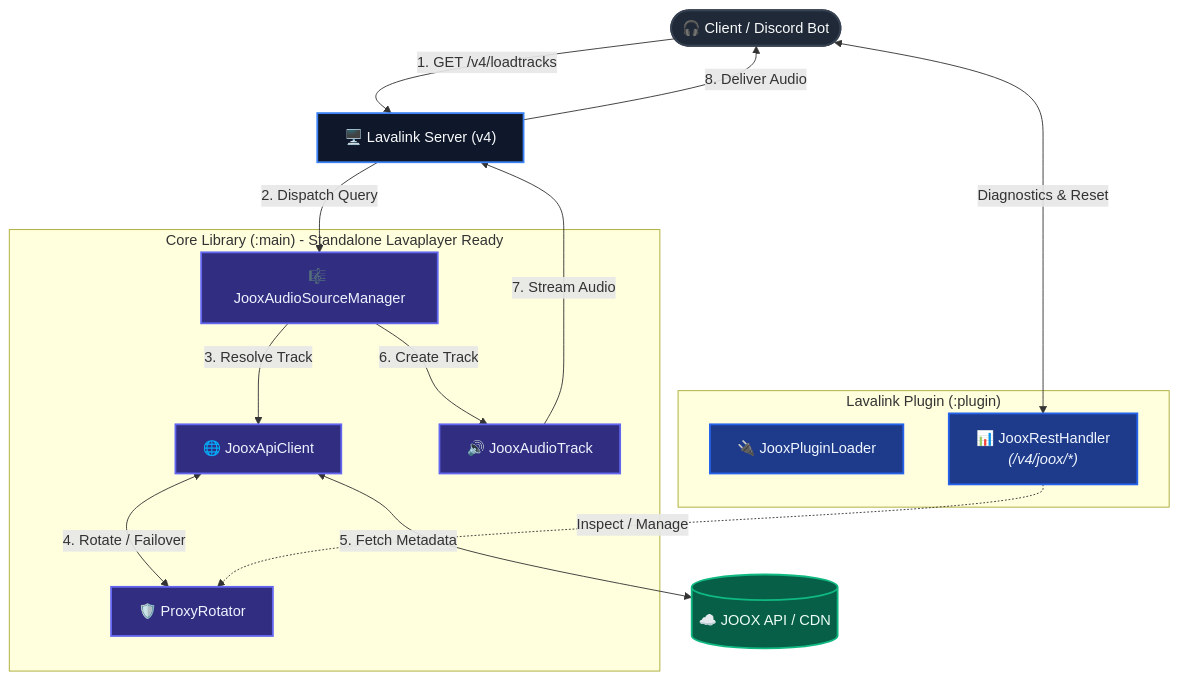
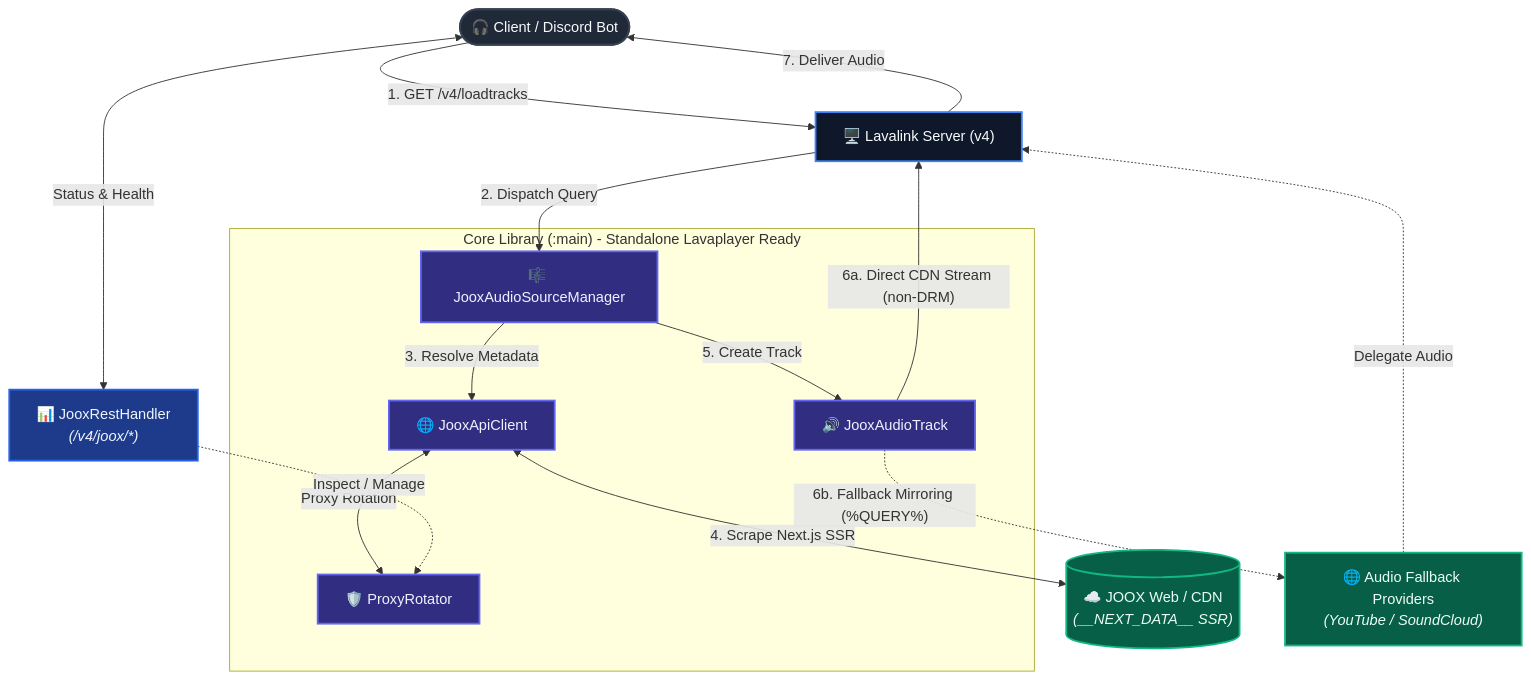
Before and after one commit to PeterGamez/JooxSource: the diagram in README.md, drawn with Mermaid. The commit also changed other lines of this file, not shown here.

Commit message:
docs: remove query prefix comment from fallback providers in README

````diff
--- a/README.md
+++ b/README.md
@@ -11,44 +11,45 @@
 ```mermaid
 flowchart TD
     Client(["🎧 Client / Discord Bot"]) -->|"1. GET /v4/loadtracks"| LavalinkServer["🖥️ Lavalink Server (v4)"]
-
-    subgraph Plugin ["Lavalink Plugin (:plugin)"]
-        PluginLoader["🔌 JooxPluginLoader"]
-        RestHandler["📊 JooxRestHandler<br/><i>(/v4/joox/*)</i>"]
-    end
 
     subgraph Core ["Core Library (:main) - Standalone Lavaplayer Ready"]
         SourceManager["🎼 JooxAudioSourceManager"]
         ApiClient["🌐 JooxApiClient"]
         ProxyRotator["🛡️ ProxyRotator"]
         AudioTrack["🔊 JooxAudioTrack"]
     end
 
-    JooxAPI[("☁️ JOOX API / CDN")]
+    RestHandler["📊 JooxRestHandler<br/><i>(/v4/joox/*)</i>"]
+    JooxWeb[("☁️ JOOX Web / CDN<br/><i>(__NEXT_DATA__ SSR)</i>")]
+    FallbackProviders["🌐 Audio Fallback Providers<br/><i>(YouTube / SoundCloud)</i>"]
 
-    %% Execution Flow
+    %% Request & Metadata Flow
     LavalinkServer -->|"2. Dispatch Query"| SourceManager
-    SourceManager -->|"3. Resolve Track"| ApiClient
-    ApiClient <-->|"4. Rotate / Failover"| ProxyRotator
-    ApiClient <-->|"5. Fetch Metadata"| JooxAPI
-    SourceManager -->|"6. Create Track"| AudioTrack
-    AudioTrack -->|"7. Stream Audio"| LavalinkServer
-    LavalinkServer -->|"8. Deliver Audio"| Client
+    SourceManager -->|"3. Resolve Metadata"| ApiClient
+    ApiClient <-->|"Proxy Rotation"| ProxyRotator
+    ApiClient <-->|"4. Scrape Next.js SSR"| JooxWeb
+    SourceManager -->|"5. Create Track"| AudioTrack
+
+    %% Playback Flow (Dual-Mode)
+    AudioTrack -->|"6a. Direct CDN Stream (non-DRM)"| LavalinkServer
+    AudioTrack -.->|"6b. Fallback Mirroring (%QUERY%)"| FallbackProviders
+    FallbackProviders -.->|"Delegate Audio"| LavalinkServer
+    LavalinkServer -->|"7. Deliver Audio"| Client
 
     %% Diagnostics REST
-    Client <-->|"Diagnostics & Reset"| RestHandler
+    Client <-->|"Status & Health"| RestHandler
     RestHandler -.->|"Inspect / Manage"| ProxyRotator
 
     %% Custom Styling
     classDef clientNode fill:#1f2937,stroke:#374151,stroke-width:2px,color:#f9fafb;
     classDef serverNode fill:#0f172a,stroke:#3b82f6,stroke-width:2px,color:#f8fafc;
     classDef pluginNode fill:#1e3a8a,stroke:#2563eb,stroke-width:2px,color:#eff6ff;
     classDef coreNode fill:#312e81,stroke:#6366f1,stroke-width:2px,color:#eef2ff;
     classDef cloudNode fill:#065f46,stroke:#10b981,stroke-width:2px,color:#ecfdf5;
 
     class Client clientNode;
     class LavalinkServer serverNode;
-    class PluginLoader,RestHandler pluginNode;
+    class RestHandler pluginNode;
     class SourceManager,ApiClient,ProxyRotator,AudioTrack coreNode;
-    class JooxAPI cloudNode;
+    class JooxWeb,FallbackProviders cloudNode;
 ```
````
